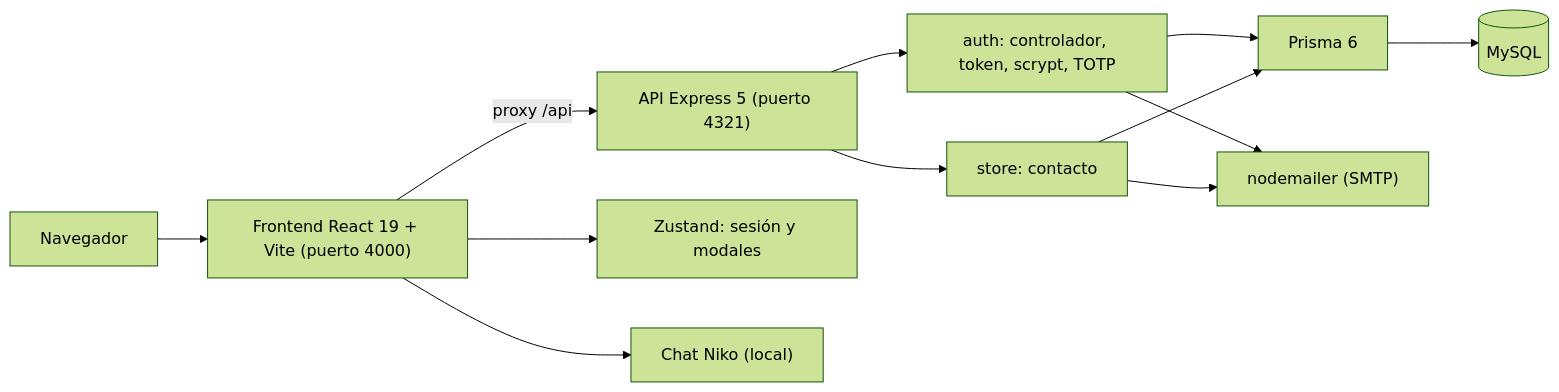
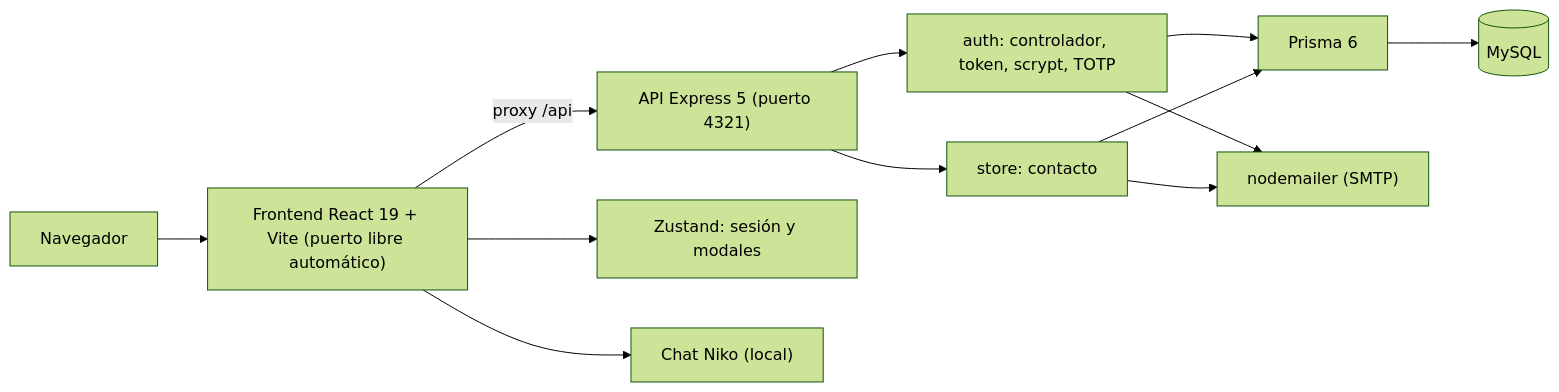
One commit to Luiss2080/HagamosTech changed the first of 2 diagrams in README.md. Above: the diagram before and after it, drawn with Mermaid (forest theme). The commit also changed other lines of this file and 5 other files, not shown here.

Commit message:
Actualizar configuración de Vite para seleccionar un puerto libre automáticamente y ajustar documentación relacionada

````diff
--- a/README.md
+++ b/README.md
@@ -52,14 +52,14 @@
 ```mermaid
 flowchart LR
-    U["Navegador"] --> F["Frontend React 19 + Vite (puerto 4000)"]
+    U["Navegador"] --> F["Frontend React 19 + Vite (puerto libre automático)"]
     F -->|"proxy /api"| B["API Express 5 (puerto 4321)"]
     F --> S["Zustand: sesión y modales"]
     F --> C["Chat Niko (local)"]
     B --> A["auth: controlador, token, scrypt, TOTP"]
     B --> K["store: contacto"]
     A --> P["Prisma 6"]
     K --> P
     P --> D[("MySQL")]
     A --> M["nodemailer (SMTP)"]
     K --> M
 ```
````
